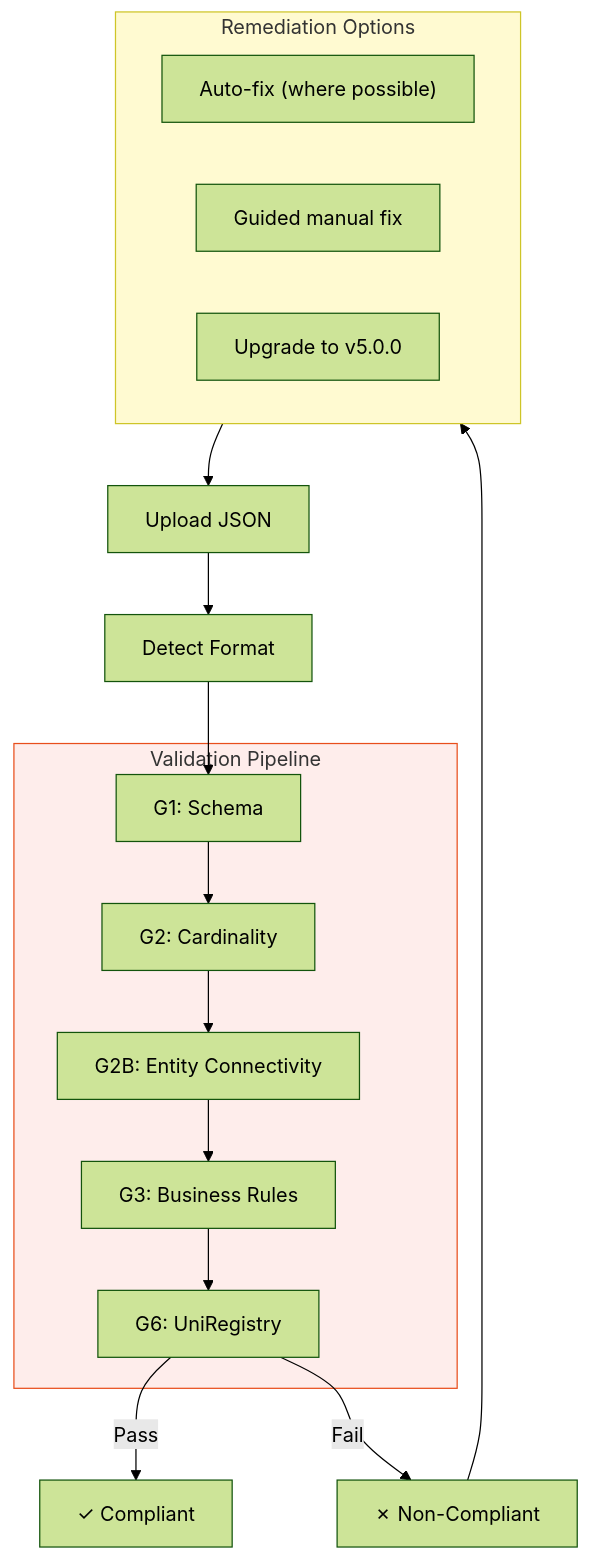
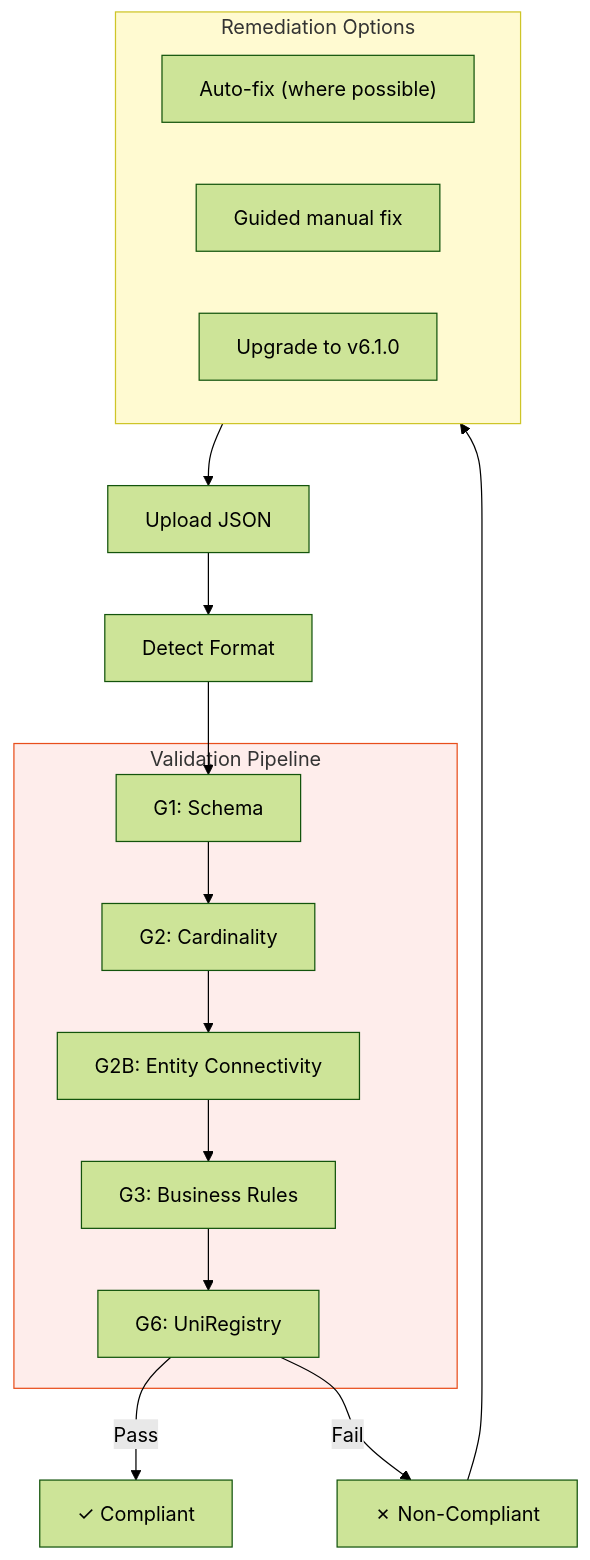
Before and after one commit to ajrmooreuk/Azlan-EA-AAA: the fifth of 11 diagrams in PBS/TOOLS/ontology-visualiser/HLD-VISUALISER-ENHANCED-v1.0.0.md, drawn with Mermaid (forest theme). The commit also changed other lines of this file and 4 other files, not shown here.

````diff
--- a/PBS/TOOLS/ontology-visualiser/HLD-VISUALISER-ENHANCED-v1.0.0.md
+++ b/PBS/TOOLS/ontology-visualiser/HLD-VISUALISER-ENHANCED-v1.0.0.md
@@ -289,36 +289,36 @@
 ```mermaid
 flowchart TB
     INPUT["Upload JSON"]
     DETECT["Detect Format"]
 
     subgraph VALIDATE["Validation Pipeline"]
         G1["G1: Schema"]
         G2["G2: Cardinality"]
         G2B["G2B: Entity Connectivity"]
         G3["G3: Business Rules"]
         G6["G6: UniRegistry"]
     end
 
     PASS["✓ Compliant"]
     FAIL["✗ Non-Compliant"]
 
     subgraph REMEDIATE["Remediation Options"]
         AUTO["Auto-fix (where possible)"]
         GUIDE["Guided manual fix"]
-        UPGRADE["Upgrade to v5.0.0"]
+        UPGRADE["Upgrade to v6.1.0"]
     end
 
     INPUT --> DETECT
     DETECT --> G1
     G1 --> G2
     G2 --> G2B
     G2B --> G3
     G3 --> G6
     G6 -->|Pass| PASS
     G6 -->|Fail| FAIL
     FAIL --> REMEDIATE
     REMEDIATE --> INPUT
 
     style VALIDATE fill:#feedeb,stroke:#e84e1c
     style REMEDIATE fill:#fffad1,stroke:#cec528
 ```
````
